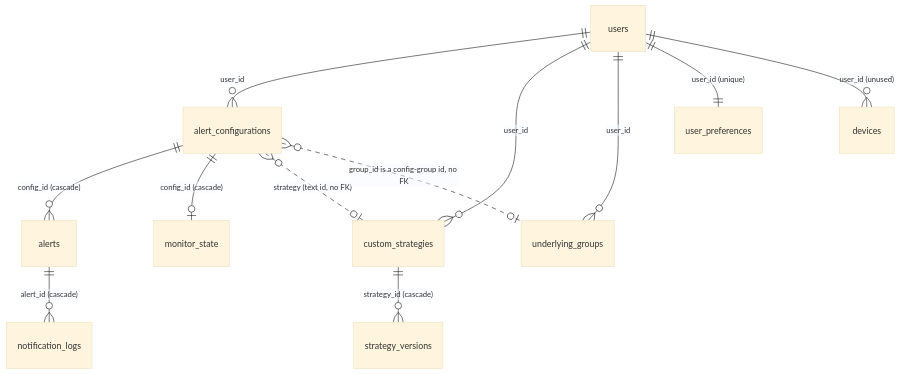
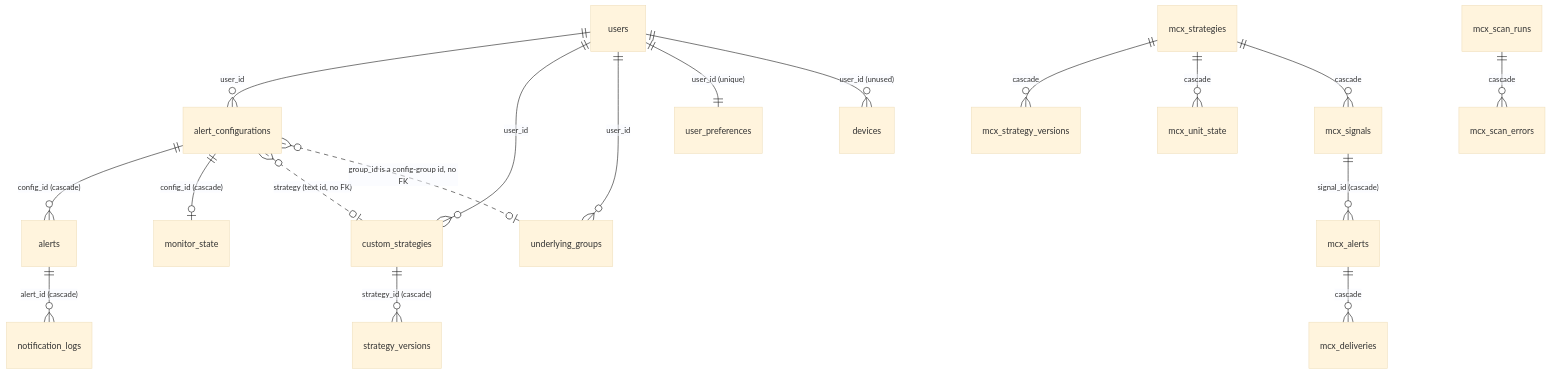
One commit to harshgupta20/algo-hunt changed the diagram in docs/database.md. Above: the diagram before and after it, drawn with Mermaid (base theme). The commit also changed other lines of this file and 68 other files, not shown here.

First line of the commit message:
Add comprehensive tests for MCX candle engine, evaluator, scanner, universe resolution, and strategy validation

````diff
--- a/docs/database.md
+++ b/docs/database.md
@@ -22,14 +22,20 @@
 ```mermaid
 erDiagram
   users ||--o{ alert_configurations : "user_id"
   users ||--o{ custom_strategies : "user_id"
   users ||--o{ underlying_groups : "user_id"
   users ||--|| user_preferences : "user_id (unique)"
   users ||--o{ devices : "user_id (unused)"
   alert_configurations ||--o{ alerts : "config_id (cascade)"
   alert_configurations ||--o| monitor_state : "config_id (cascade)"
   alerts ||--o{ notification_logs : "alert_id (cascade)"
   custom_strategies ||--o{ strategy_versions : "strategy_id (cascade)"
   alert_configurations }o..o| custom_strategies : "strategy (text id, no FK)"
   alert_configurations }o..o| underlying_groups : "group_id is a config-group id, no FK"
+  mcx_strategies ||--o{ mcx_strategy_versions : "cascade"
+  mcx_strategies ||--o{ mcx_unit_state : "cascade"
+  mcx_strategies ||--o{ mcx_signals : "cascade"
+  mcx_signals ||--o{ mcx_alerts : "signal_id (cascade)"
+  mcx_alerts ||--o{ mcx_deliveries : "cascade"
+  mcx_scan_runs ||--o{ mcx_scan_errors : "cascade"
 ```
````
